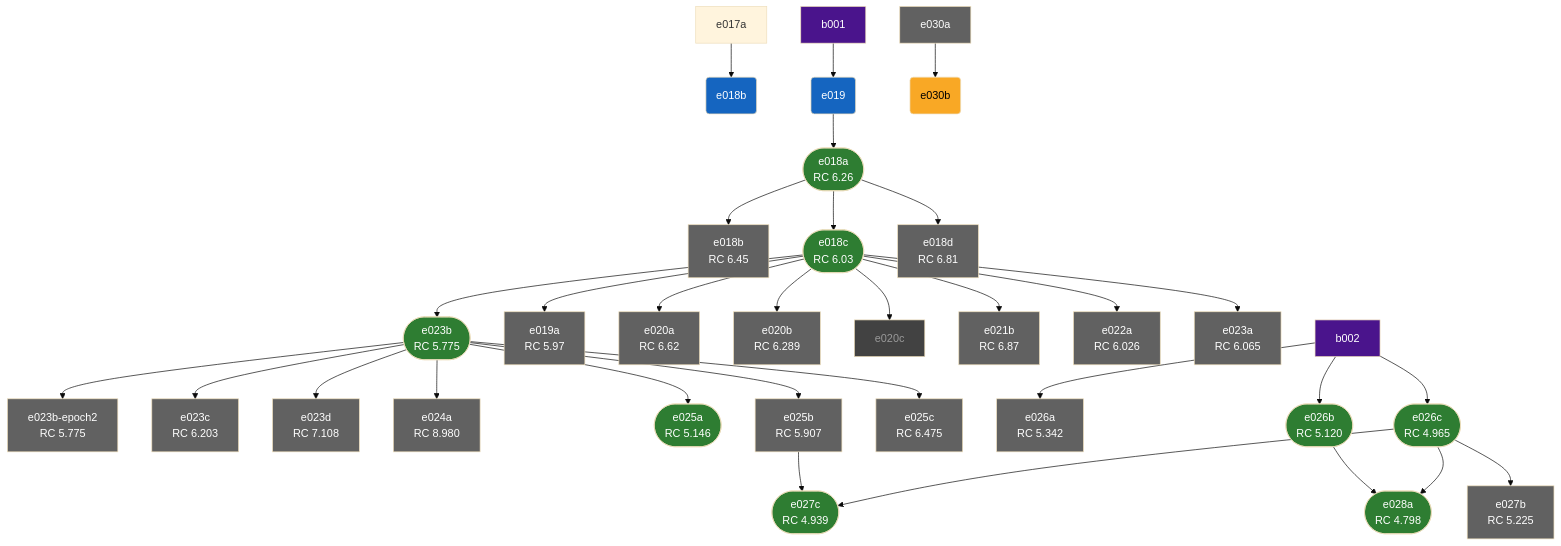
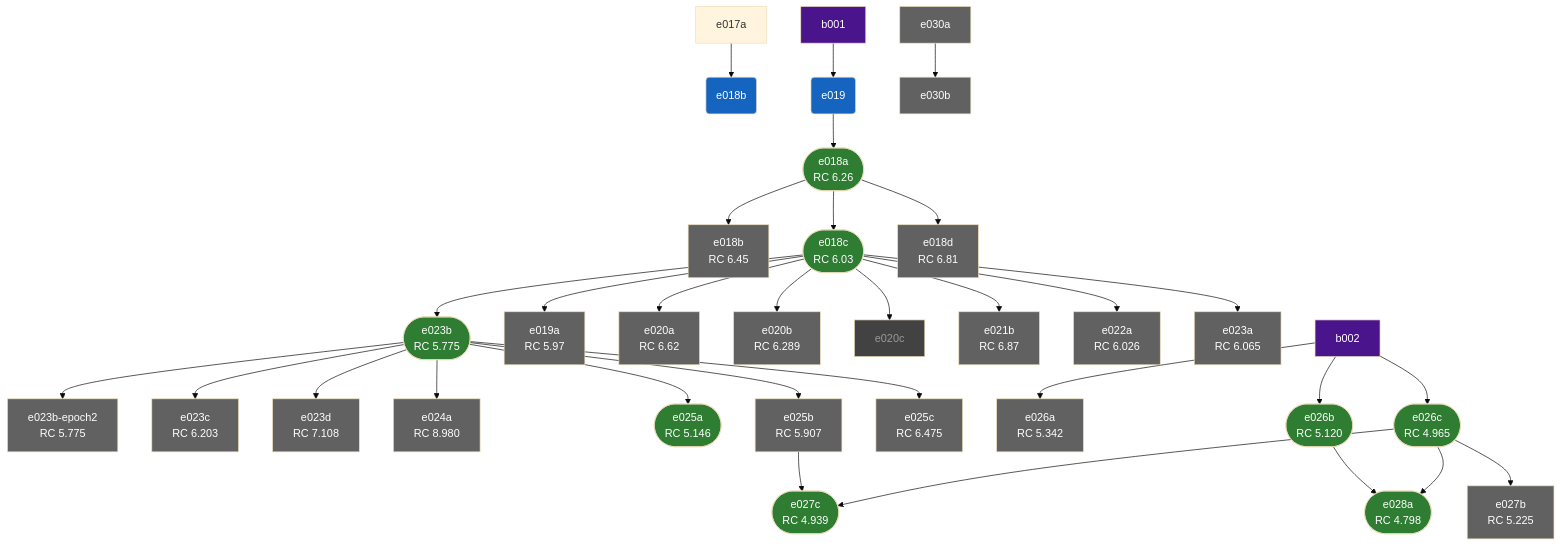
The diagram in docs/experiments/index.md (ScavieFae/autonomous-world-model), drawn with Mermaid (base theme) before and after one commit. The commit also changed other lines of this file and 7 other files, not shown here.

````diff
--- a/docs/experiments/index.md
+++ b/docs/experiments/index.md
@@ -40,7 +40,7 @@
     e027c_lossreweight_warmstart(["e027c\nRC 4.939"])
     e028a_full_stack(["e028a\nRC 4.798"])
     e030a_jepa_baseline["e030a"]
-    e030b_jepa_rescale("e030b")
+    e030b_jepa_rescale["e030b"]
     e019_baseline --> e018a_self_forcing
     e017a --> e018b_rollout_coherence_eval
     e018a_self_forcing --> e018b_self_forcing_n5
@@ -99,7 +99,7 @@
     style e027c_lossreweight_warmstart fill:#2e7d32,color:#fff
     style e028a_full_stack fill:#2e7d32,color:#fff
     style e030a_jepa_baseline fill:#616161,color:#fff
-    style e030b_jepa_rescale fill:#f9a825,color:#000
+    style e030b_jepa_rescale fill:#616161,color:#fff
     style b001 fill:#4a148c,color:#fff
     style b002 fill:#4a148c,color:#fff
 ```
````
